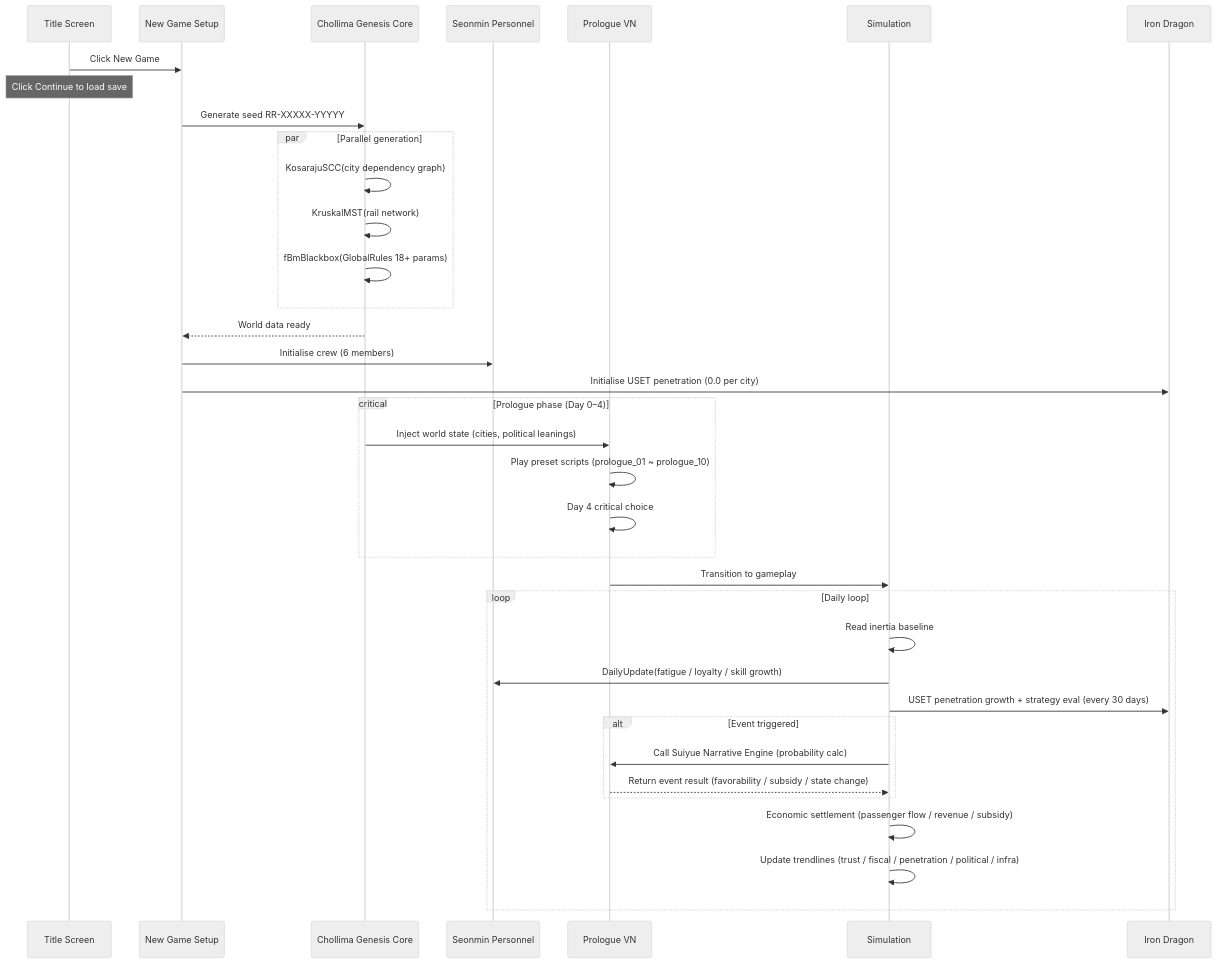
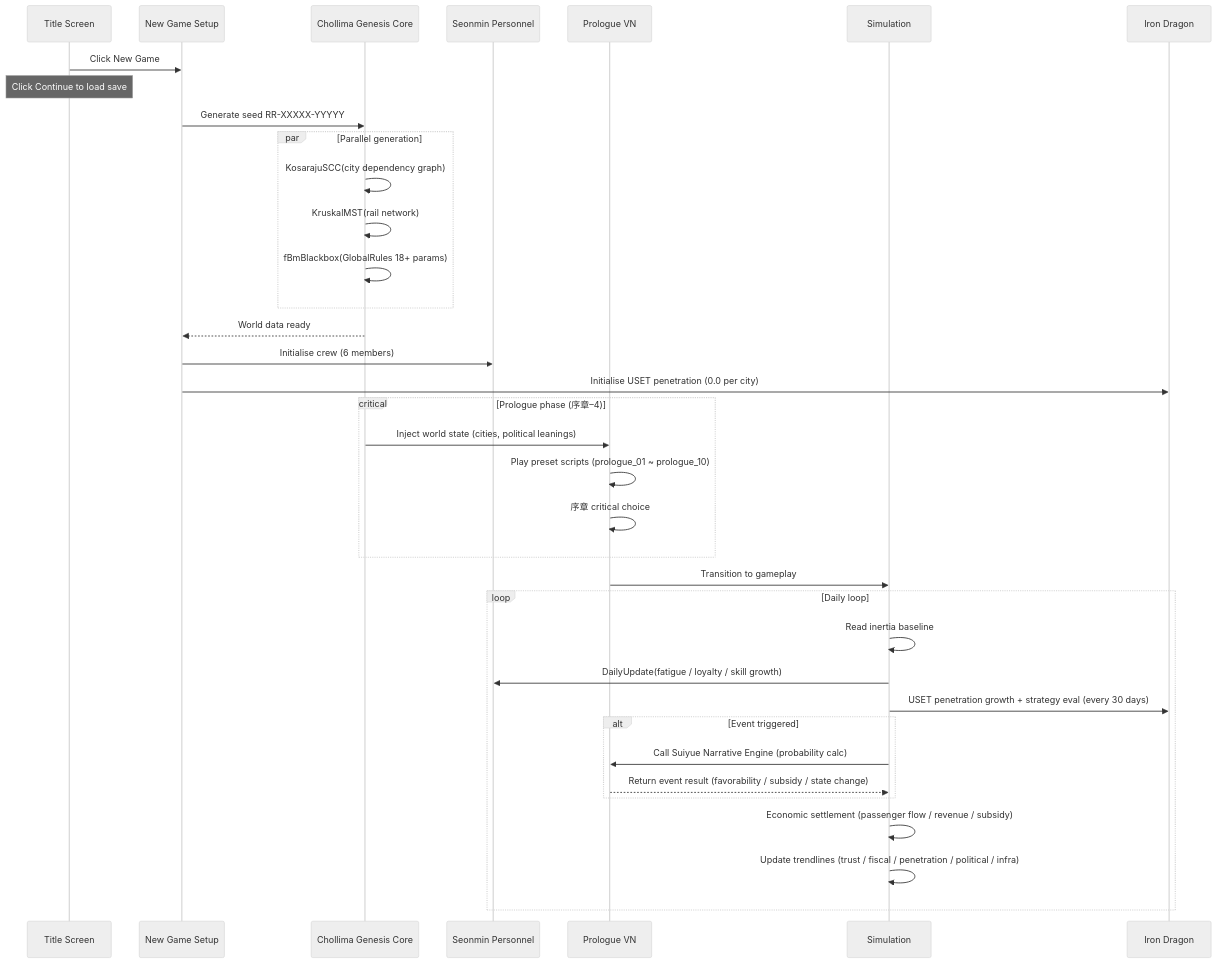
The third of 8 diagrams in README.md (NMDX0721/RailwayRenaissance), drawn with Mermaid (neutral theme) before and after one commit. The commit also changed other lines of this file and 1 other file, not shown here.

Commit message:
docs: 更新VN对接文档v2.0(书签+经营记录+GameMainUI架构) + README章节名更新

````diff
--- a/README.md
+++ b/README.md
@@ -170,43 +170,43 @@
 ```mermaid
 sequenceDiagram
     participant Menu as Title Screen
     participant New as New Game Setup
     participant World as Chollima Genesis Core
     participant Crew as Seonmin Personnel
     participant VN as Prologue VN
     participant Game as Simulation
     participant Rival as Iron Dragon
     
     Menu->>New: Click New Game
     Note over Menu: Click Continue to load save
     
     New->>World: Generate seed RR-XXXXX-YYYYY
     par Parallel generation
         World->>World: KosarajuSCC(city dependency graph)
         World->>World: KruskalMST(rail network)
         World->>World: fBmBlackbox(GlobalRules 18+ params)
     end
     
     World-->>New: World data ready
     New->>Crew: Initialise crew (6 members)
     New->>Rival: Initialise USET penetration (0.0 per city)
     
-    critical Prologue phase (Day 0–4)
+    critical Prologue phase (序章–4)
         World->>VN: Inject world state (cities, political leanings)
         VN->>VN: Play preset scripts (prologue_01 ~ prologue_10)
-        VN->>VN: Day 4 critical choice
+        VN->>VN: 序章 critical choice
     end
     
     VN->>Game: Transition to gameplay
     loop Daily loop
         Game->>Game: Read inertia baseline
         Game->>Crew: DailyUpdate(fatigue / loyalty / skill growth)
         Game->>Rival: USET penetration growth + strategy eval (every 30 days)
         alt Event triggered
             Game->>VN: Call Suiyue Narrative Engine (probability calc)
             VN-->>Game: Return event result (favorability / subsidy / state change)
         end
         Game->>Game: Economic settlement (passenger flow / revenue / subsidy)
         Game->>Game: Update trendlines (trust / fiscal / penetration / political / infra)
     end
 ```
````
